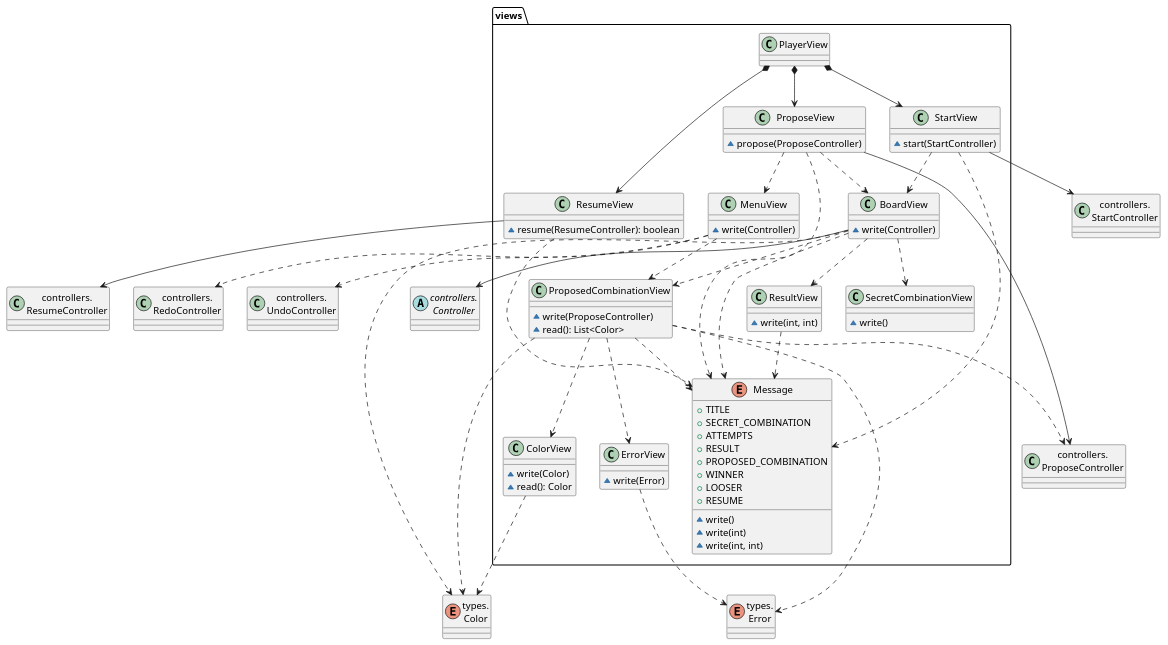
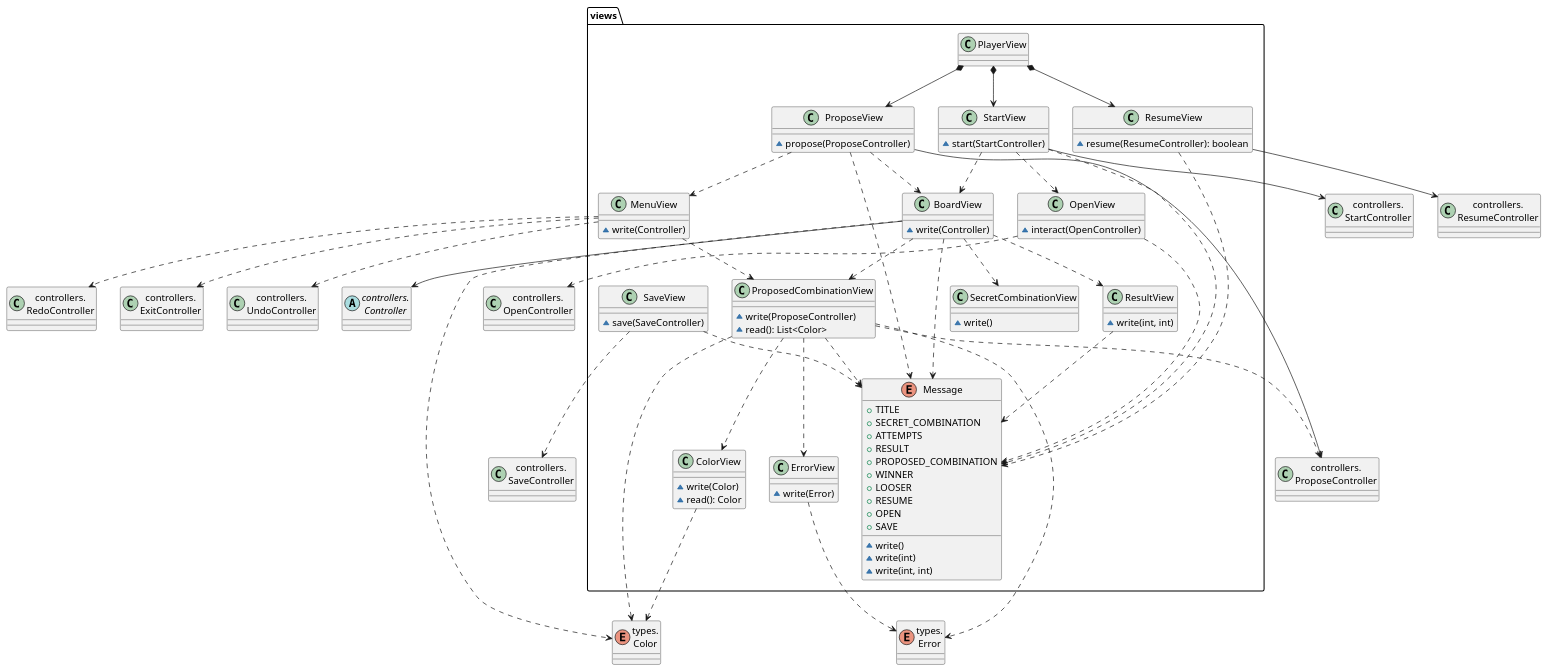
One commit to EscuelaIt/requirements changed the third of 5 diagrams in 5.Ficheros/docs/diagrams/src/mastermind_analisis_packages.wsd. Above: the diagram before and after it, drawn with PlantUML. The commit also changed other lines of this file and 30 other files, not shown here.

```diff
--- a/5.Ficheros/docs/diagrams/src/mastermind_analisis_packages.wsd
+++ b/5.Ficheros/docs/diagrams/src/mastermind_analisis_packages.wsd
@@ -81,91 +98,108 @@
 @startuml mastermind_analisis_views
 package views {
     class PlayerView
     class StartView {
         ~ start(StartController)
     }
     class ProposeView {
         ~ propose(ProposeController)
     }
     class ResumeView {
         ~ resume(ResumeController): boolean
     }
     class BoardView {
         ~ write(Controller)
     }
     class MenuView {
         ~ write(Controller)
     }
     class ProposedCombinationView {
         ~ write(ProposeController)
         ~ read(): List<Color>
     }
     class SecretCombinationView {
         ~ write()
     }
     class ResultView {
         ~ write(int, int)
     }
     class ColorView {
         ~ write(Color)
         ~ read(): Color
     }
     enum Message {
         + TITLE
         + SECRET_COMBINATION
         + ATTEMPTS
         + RESULT
         + PROPOSED_COMBINATION
         + WINNER
         + LOOSER
         + RESUME
+        + OPEN
+        + SAVE
         ~ write()
         ~ write(int)
         ~ write(int, int)
     }
     class ErrorView {
         ~ write(Error)
+    }
+    class SaveView {
+        ~ save(SaveController)
+    }
+    class OpenView {
+        ~ interact(OpenController)
     }
 }
 
 PlayerView *-down-> StartView
 PlayerView *-down-> ProposeView
 PlayerView *-down-> ResumeView
 StartView .down.> BoardView
 ProposeView .down.> BoardView
 BoardView .down.> ProposedCombinationView
 BoardView .down.> ResultView
 BoardView .down.> Message
 BoardView .down.> SecretCombinationView
 ProposedCombinationView .down.> ColorView
 ProposedCombinationView .down.> ErrorView
 ProposedCombinationView .down.> Message
 ResultView .down.> Message
 StartView .down.> Message
 ResumeView .down.> Message
 ProposeView .down.> MenuView
 MenuView .down.> ProposedCombinationView
 ProposeView .down.> Message
+StartView .down.> OpenView
+OpenView .down.> Message
+SaveView .down.> Message
 
 class "controllers.\nProposeController" as ProposeController
 class "controllers.\nStartController" as StartController
 class "controllers.\nResumeController" as ResumeController
 class "controllers.\nUndoController" as UndoController
 class "controllers.\nRedoController" as RedoController
+class "controllers.\nOpenController" as OpenController
+class "controllers.\nExitController" as ExitController
+class "controllers.\nSaveController" as SaveController
 abstract class "controllers.\nController" as Controller
 enum "types.\nColor" as Color
 enum "types.\nError" as Error
 
 ResumeView -down-> ResumeController
 StartView -down-> StartController
 ProposeView -down-> ProposeController
 MenuView .down.> UndoController
 MenuView .down.> RedoController
 BoardView -down-> Controller
 ProposedCombinationView .down.> ProposeController
 BoardView .down.> Color
 ProposedCombinationView .down.> Color
 ColorView .down.> Color
 ProposedCombinationView .down.> Error
+OpenView .down.> OpenController
+MenuView .down.> ExitController
 ErrorView .down.> Error
+SaveView .down.> SaveController
 @enduml
```
